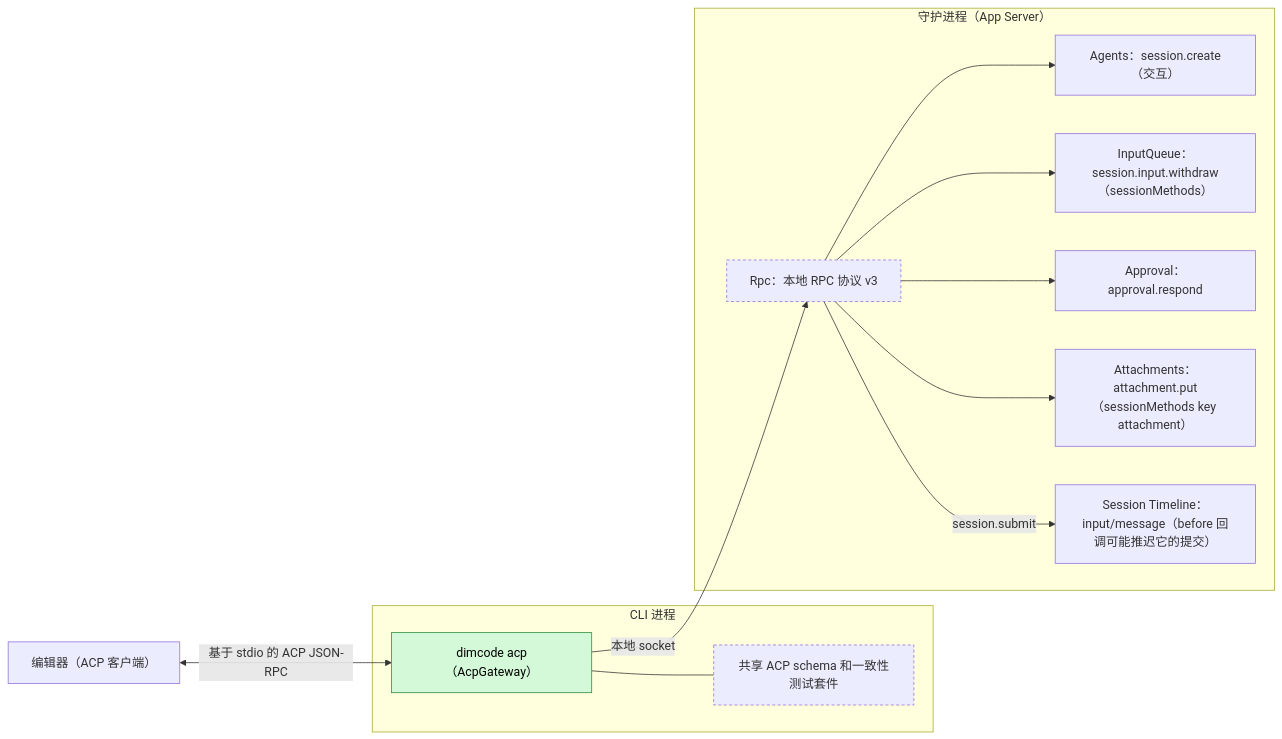
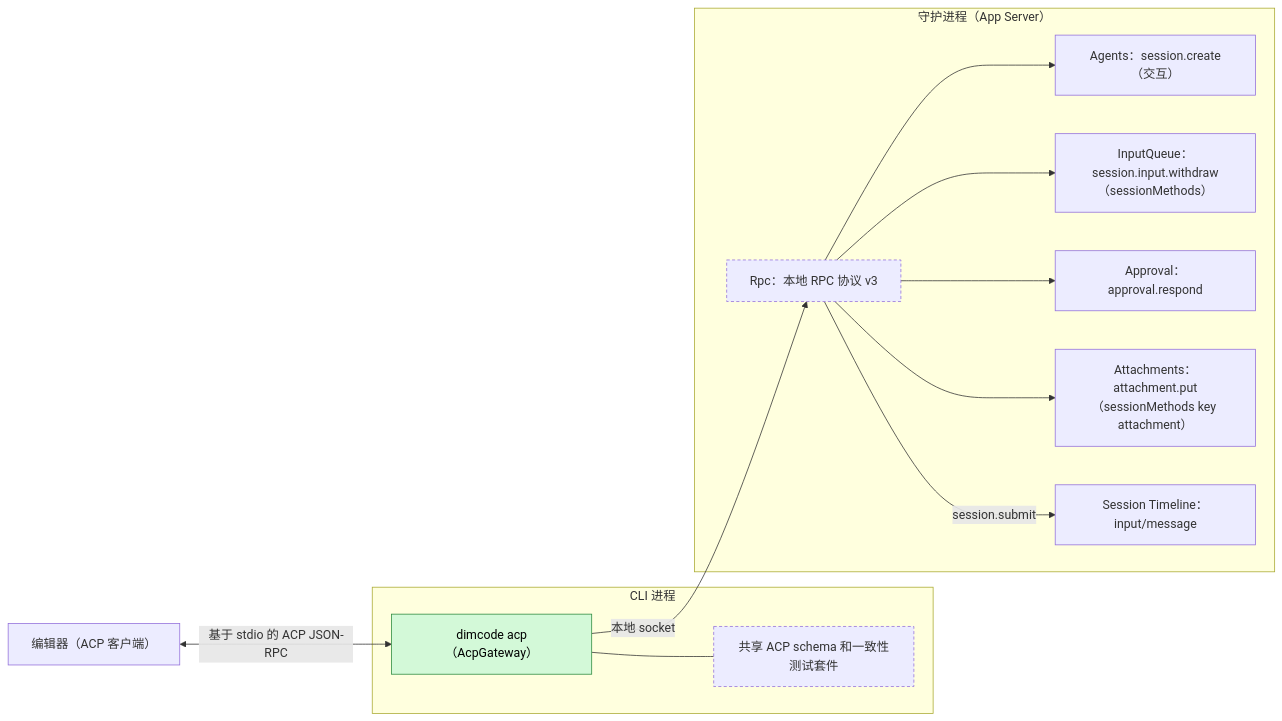
Before and after one commit to CoutinhoTTS/dim-agent: the first of 5 diagrams in docs/zh/design/plugins/AcpGateway.md, drawn with Mermaid. The commit also changed other lines of this file and 7 other files, not shown here.

````diff
--- a/docs/zh/design/plugins/AcpGateway.md
+++ b/docs/zh/design/plugins/AcpGateway.md
@@ -11,26 +9,26 @@
 ```mermaid
 flowchart LR
   classDef new fill:#d3f9d8,stroke:#2b8a3e,color:#000
   classDef contract stroke-dasharray:4 3
   Editor["编辑器（ACP 客户端）"]
   subgraph cli["CLI 进程"]
     GW["dimcode acp（AcpGateway）"]:::new
     Schema["共享 ACP schema 和一致性测试套件"]:::contract
   end
   subgraph daemon["守护进程（App Server）"]
     Rpc["Rpc：本地 RPC 协议 v3"]:::contract
     Agents["Agents：session.create（交互）"]
     IQ["InputQueue：session.input.withdraw（sessionMethods）"]
     Appr["Approval：approval.respond"]
     Att["Attachments：attachment.put（sessionMethods key attachment）"]
-    TLD["Session Timeline：input/message（before 回调可能推迟它的提交）"]
+    TLD["Session Timeline：input/message"]
   end
   Editor <-->|"基于 stdio 的 ACP JSON-RPC"| GW
   GW --- Schema
   GW -->|"本地 socket"| Rpc
   Rpc --> Agents
   Rpc --> IQ
   Rpc --> Appr
   Rpc --> Att
   Rpc -->|"session.submit"| TLD
 ```
````
